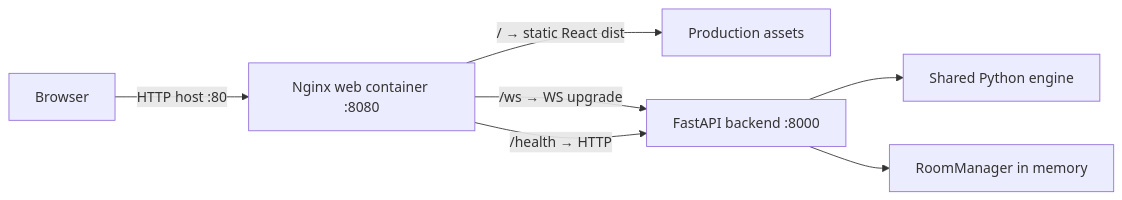
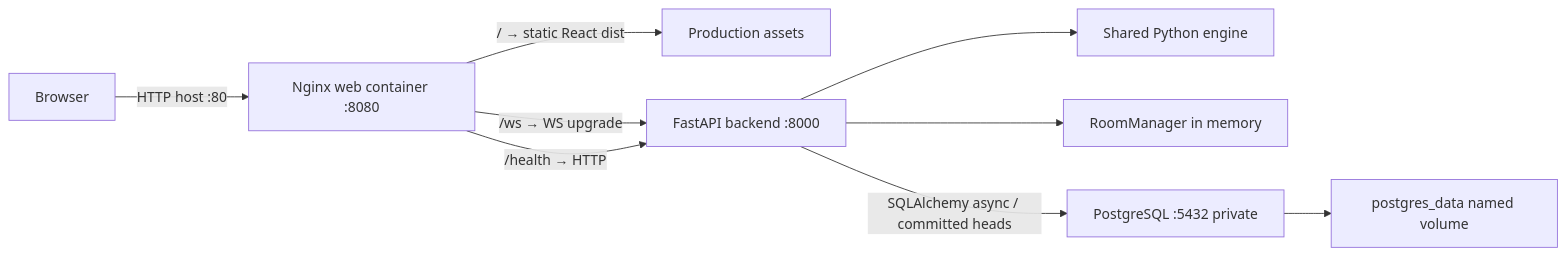
Before and after one commit to buytheaway/CATAN-GAME: the diagram in docs/obsidian/Deployment.md, drawn with Mermaid. The commit also changed other lines of this file and 30 other files, not shown here.

````diff
--- a/docs/obsidian/Deployment.md
+++ b/docs/obsidian/Deployment.md
@@ -68,9 +76,11 @@
 ```mermaid
 flowchart LR
     B[Browser] -->|HTTP host :80| N[Nginx web container :8080]
     N -->|"/ → static React dist"| F[Production assets]
     N -->|"/ws → WS upgrade"| A[FastAPI backend :8000]
     N -->|"/health → HTTP"| A
     A --> E[Shared Python engine]
     A --> R[RoomManager in memory]
+    A -->|"SQLAlchemy async / committed heads"| P[PostgreSQL :5432 private]
+    P --> V[postgres_data named volume]
 ```
````
